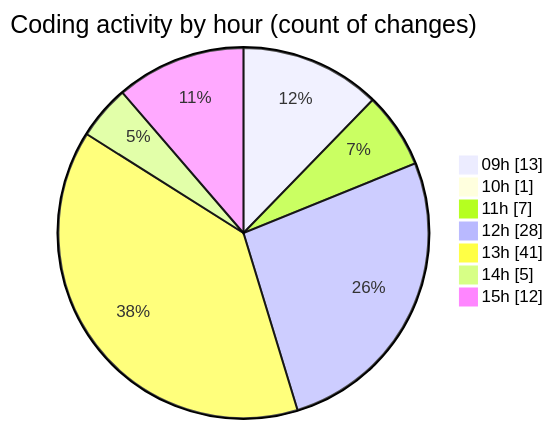
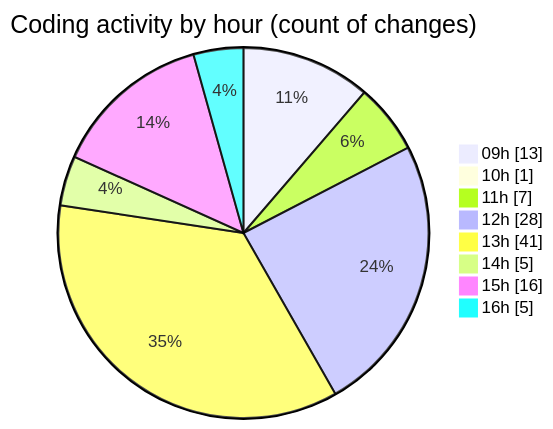
The second of 2 diagrams in 2025-05-12/cda/README.md (momahboobian/code-tracking), drawn with Mermaid before and after one commit. The commit also changed other lines of this file and 1 other file, not shown here.

````diff
--- a/2025-05-12/cda/README.md
+++ b/2025-05-12/cda/README.md
@@ -41,11 +41,12 @@
 ```mermaid
 pie showData
 title Coding activity by hour (count of changes)
 "09h" : 13
 "10h" : 1
 "11h" : 7
 "12h" : 28
 "13h" : 41
 "14h" : 5
-"15h" : 12
+"15h" : 16
+"16h" : 5
 ```
````
